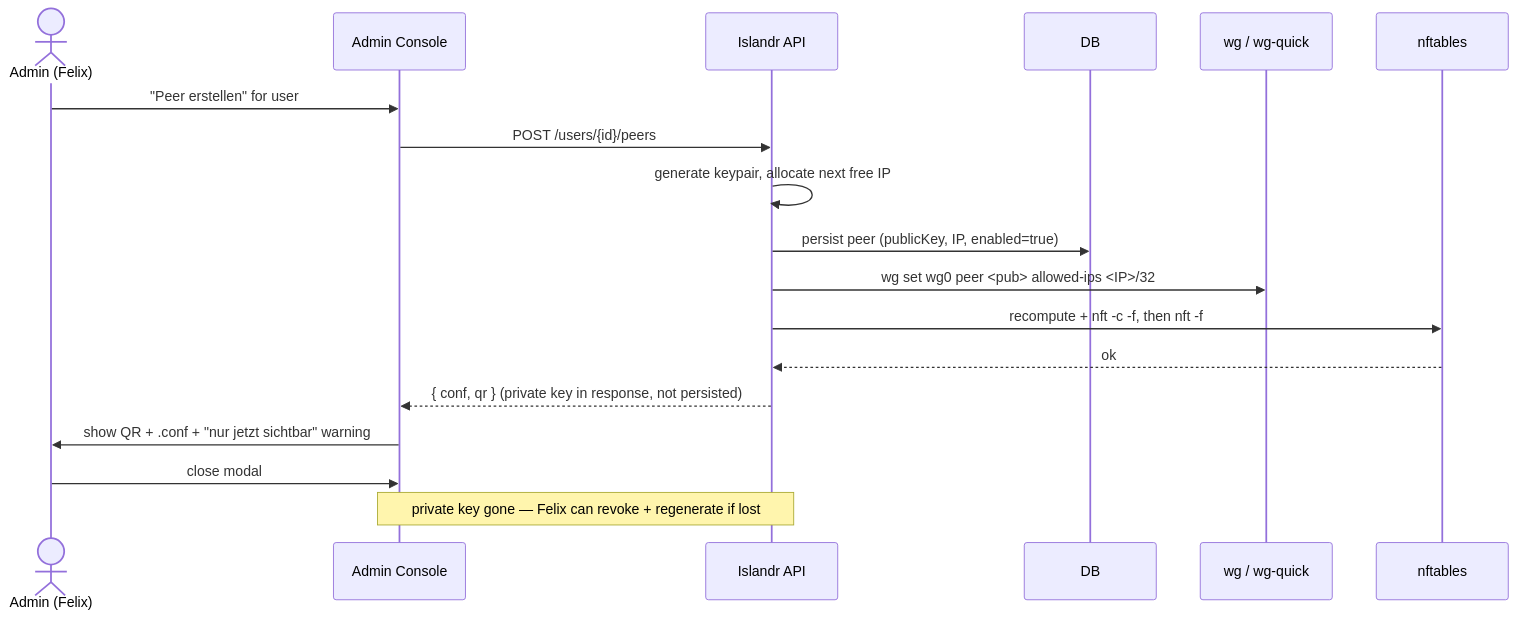
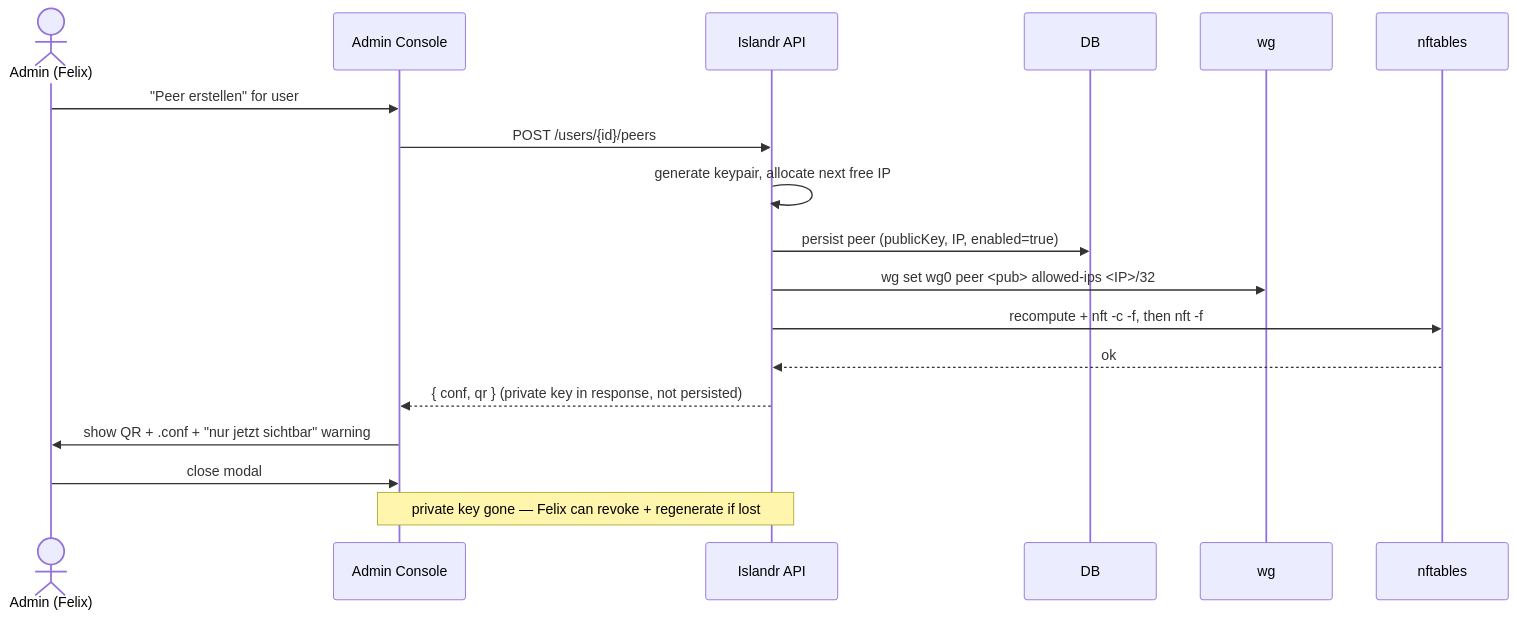
One commit to chriscohnen/islandr changed the second of 4 diagrams in docs/prd.md. Above: the diagram before and after it, drawn with Mermaid. The commit also changed other lines of this file and 105 other files, not shown here.

````diff
--- a/docs/prd.md
+++ b/docs/prd.md
@@ -273,21 +273,21 @@
 ```mermaid
 sequenceDiagram
     actor Felix as Admin (Felix)
     participant UI as Admin Console
     participant API as Islandr API
     participant DB
-    participant WG as wg / wg-quick
+    participant WG as wg
     participant NFT as nftables
 
     Felix->>UI: "Peer erstellen" for user
     UI->>API: POST /users/{id}/peers
     API->>API: generate keypair, allocate next free IP
     API->>DB: persist peer (publicKey, IP, enabled=true)
     API->>WG: wg set wg0 peer <pub> allowed-ips <IP>/32
     API->>NFT: recompute + nft -c -f, then nft -f
     NFT-->>API: ok
     API-->>UI: { conf, qr } (private key in response, not persisted)
     UI->>Felix: show QR + .conf + "nur jetzt sichtbar" warning
     Felix->>UI: close modal
     Note over UI,API: private key gone — Felix can revoke + regenerate if lost
 ```
````
